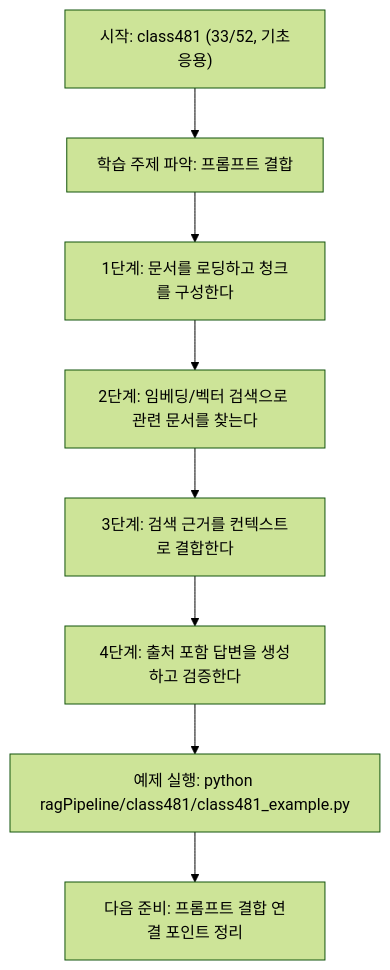
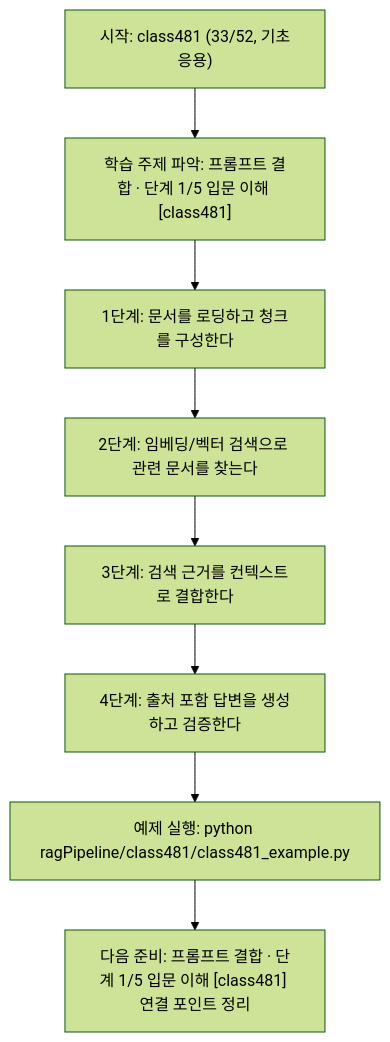
The diagram in ragPipeline/class481/class481.md (edumgt/Python-AI_Agent-Class), drawn with Mermaid (forest theme) before and after one commit. The commit also changed other lines of this file and 522 other files, not shown here.

````diff
--- a/ragPipeline/class481/class481.md
+++ b/ragPipeline/class481/class481.md
@@ -109,18 +110,18 @@
 ```mermaid
 flowchart TD
 N1["시작: class481 (33/52, 기초응용)"]
-N2["학습 주제 파악: 프롬프트 결합"]
+N2["학습 주제 파악: 프롬프트 결합 · 단계 1/5 입문 이해 [class481]"]
 N3["1단계: 문서를 로딩하고 청크를 구성한다"]
 N4["2단계: 임베딩/벡터 검색으로 관련 문서를 찾는다"]
 N5["3단계: 검색 근거를 컨텍스트로 결합한다"]
 N6["4단계: 출처 포함 답변을 생성하고 검증한다"]
 N7["예제 실행: python ragPipeline/class481/class481_example.py"]
-N8["다음 준비: 프롬프트 결합 연결 포인트 정리"]
+N8["다음 준비: 프롬프트 결합 · 단계 1/5 입문 이해 [class481] 연결 포인트 정리"]
 N1 --> N2
 N2 --> N3
 N3 --> N4
 N4 --> N5
 N5 --> N6
 N6 --> N7
 N7 --> N8
 ```
````
